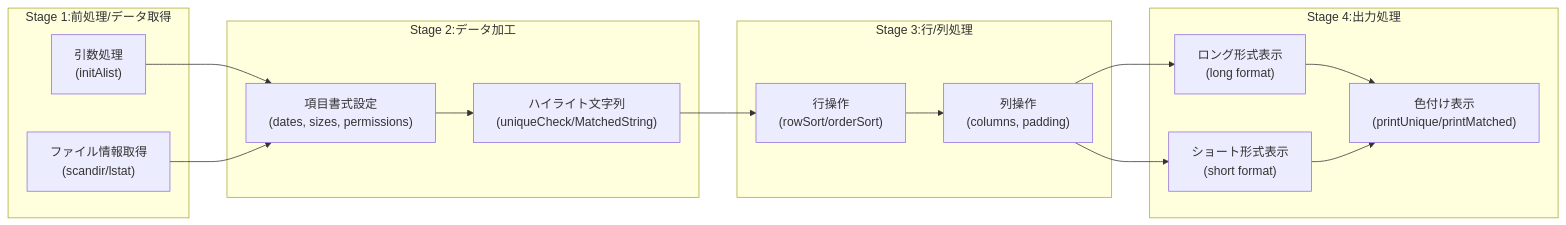
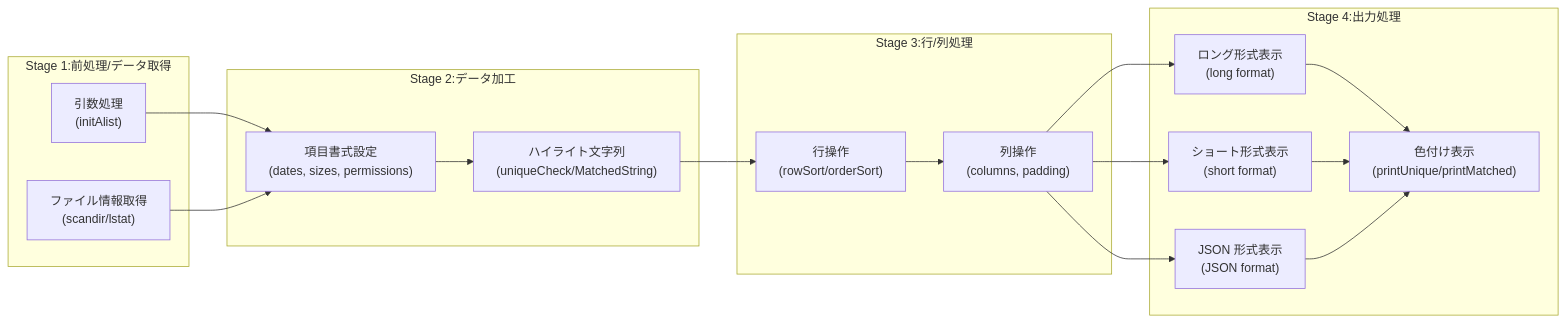
One commit to zunyon/rls changed the diagram in README.md. Above: the diagram before and after it, drawn with Mermaid. The commit also changed other lines of this file and 8 other files, not shown here.

````diff
--- a/README.md
+++ b/README.md
@@ -155,27 +158,28 @@
 ```mermaid
 	flowchart LR
 	subgraph Stage 1:前処理/データ取得
 		A["引数処理<br>(initAlist)"]
 		B["ファイル情報取得<br>(scandir/lstat)"]
 	end
 	A & B --> D
 
 	subgraph Stage 2:データ加工
 		D["項目書式設定<br>(dates, sizes, permissions)"]
 		E["ハイライト文字列<br>(uniqueCheck/MatchedString)"]
 	end
 	D --> E
 	E --> G
 
 	subgraph Stage 3:行/列処理
 		G["行操作<br>(rowSort/orderSort)"] --> H["列操作<br>(columns, padding)"]
 	end
-	H --> I & J
+	H --> I & J & K
 
 	subgraph Stage 4:出力処理
 		I["ロング形式表示<br>(long format)"]
 		J["ショート形式表示<br>(short format)"]
-		K["色付け表示<br>(printUnique/printMatched)"]
+		K["JSON 形式表示<br>(JSON format)"]
+		L["色付け表示<br>(printUnique/printMatched)"]
 	end
-	I & J --> K
+	I & J & K --> L
 ```
````
